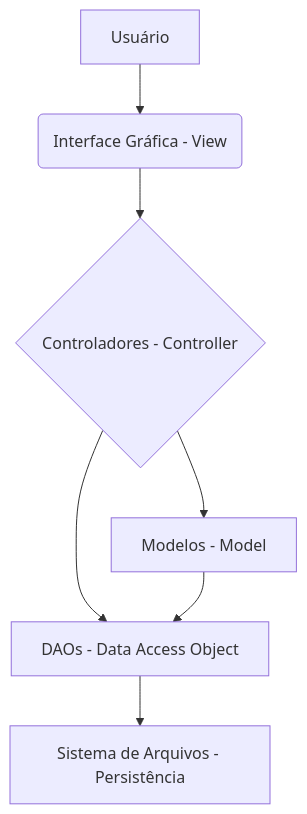
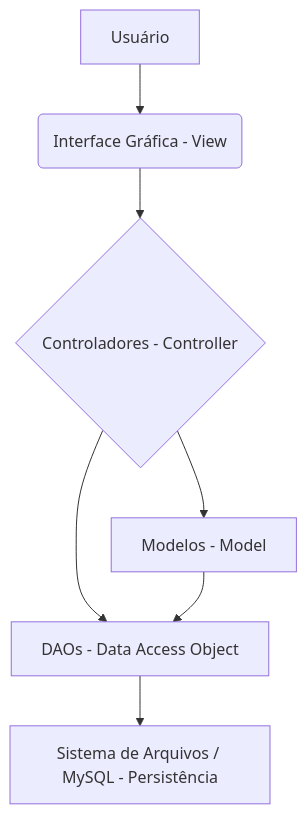
One commit to Sidney-Emanuel-Oliveira/SistemaDeFrotas-PI changed the second of 2 diagrams in README.md. Above: the diagram before and after it, drawn with Mermaid. The commit also changed other lines of this file, not shown here.

````diff
--- a/README.md
+++ b/README.md
@@ -173,9 +163,9 @@
 ```mermaid
 graph TD
     A[Usuário] --> B(Interface Gráfica - View);
     B --> C{Controladores - Controller};
     C --> D[Modelos - Model];
     C --> E[DAOs - Data Access Object];
     D --> E;
-    E --> F[Sistema de Arquivos - Persistência];
+    E --> F[Sistema de Arquivos / MySQL - Persistência];
 ```
````
